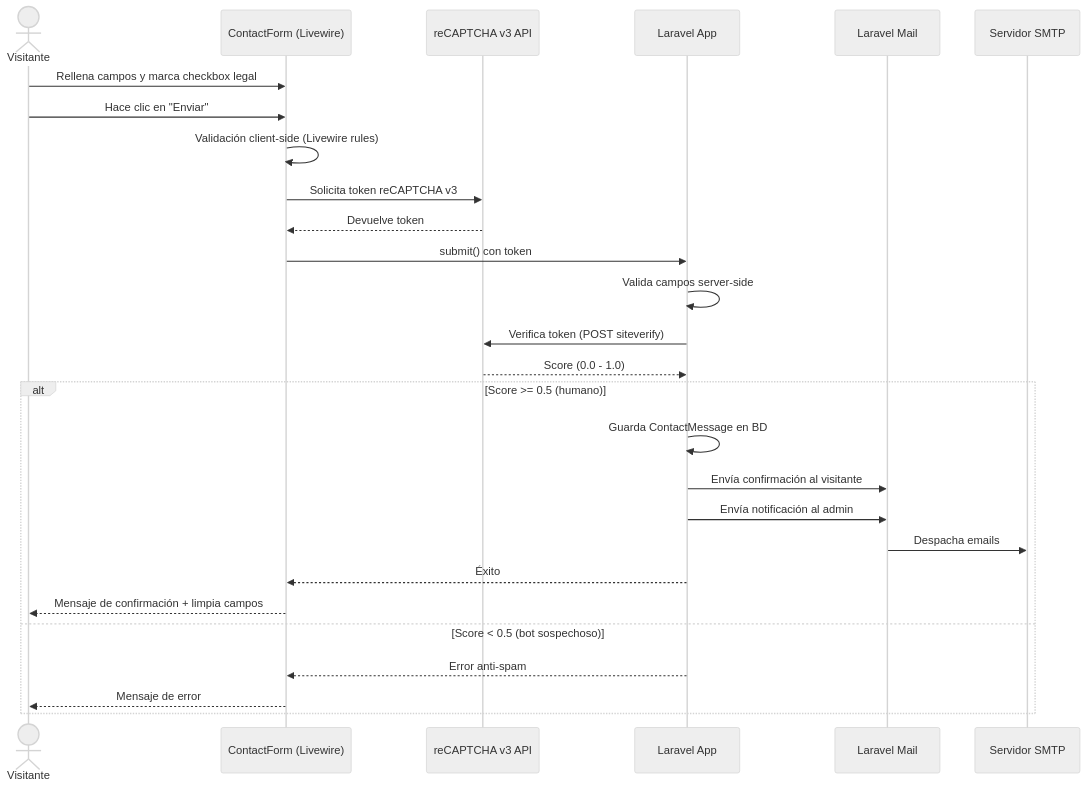
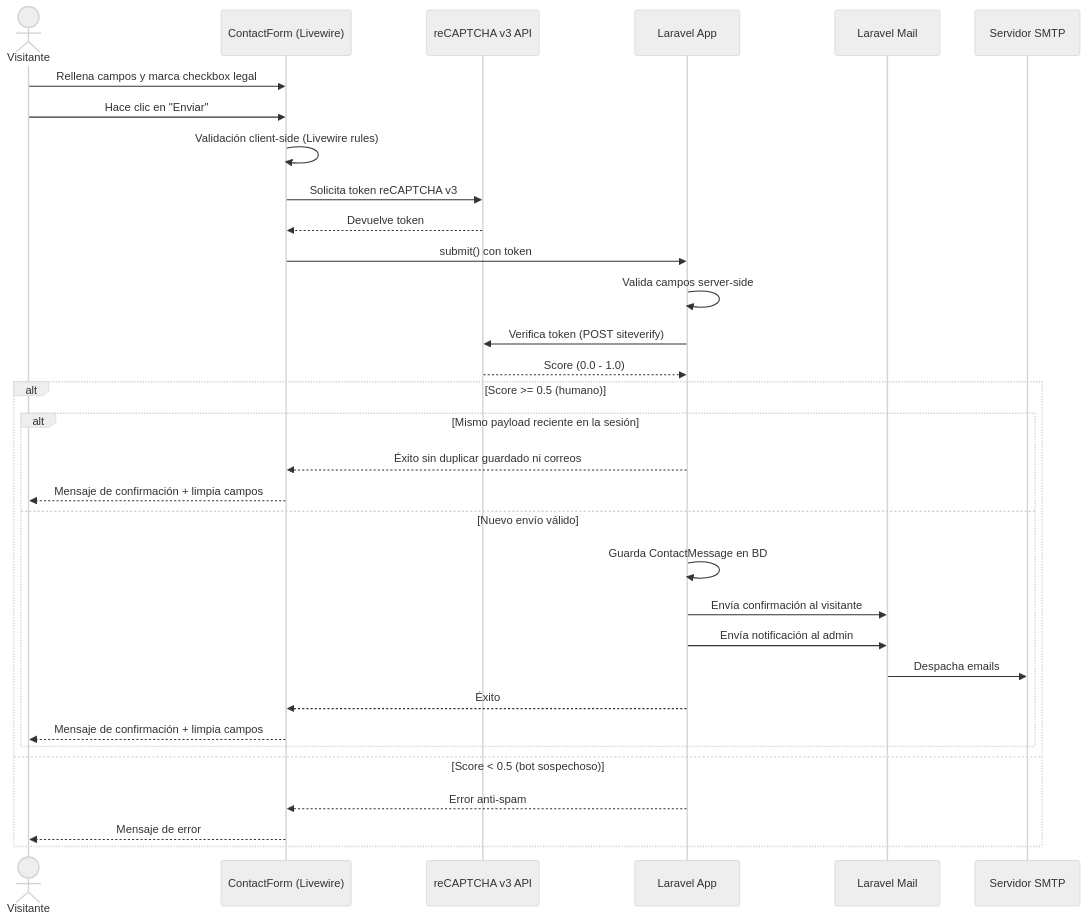
The third of 3 diagrams in .github/specs/community-web/design.md (amaiagalvez/madaia33), drawn with Mermaid (neutral theme) before and after one commit. The commit also changed other lines of this file and 17 other files, not shown here.

````diff
--- a/.github/specs/community-web/design.md
+++ b/.github/specs/community-web/design.md
@@ -425,30 +429,35 @@
 ```mermaid
 sequenceDiagram
     actor V as Visitante
     participant LW as ContactForm (Livewire)
     participant RC as reCAPTCHA v3 API
     participant APP as Laravel App
     participant MAIL as Laravel Mail
     participant SMTP as Servidor SMTP
 
     V->>LW: Rellena campos y marca checkbox legal
     V->>LW: Hace clic en "Enviar"
     LW->>LW: Validación client-side (Livewire rules)
     LW->>RC: Solicita token reCAPTCHA v3
     RC-->>LW: Devuelve token
     LW->>APP: submit() con token
     APP->>APP: Valida campos server-side
     APP->>RC: Verifica token (POST siteverify)
     RC-->>APP: Score (0.0 - 1.0)
     alt Score >= 0.5 (humano)
-        APP->>APP: Guarda ContactMessage en BD
-        APP->>MAIL: Envía confirmación al visitante
-        APP->>MAIL: Envía notificación al admin
-        MAIL->>SMTP: Despacha emails
-        APP-->>LW: Éxito
-        LW-->>V: Mensaje de confirmación + limpia campos
+        alt Mismo payload reciente en la sesión
+            APP-->>LW: Éxito sin duplicar guardado ni correos
+            LW-->>V: Mensaje de confirmación + limpia campos
+        else Nuevo envío válido
+            APP->>APP: Guarda ContactMessage en BD
+            APP->>MAIL: Envía confirmación al visitante
+            APP->>MAIL: Envía notificación al admin
+            MAIL->>SMTP: Despacha emails
+            APP-->>LW: Éxito
+            LW-->>V: Mensaje de confirmación + limpia campos
+        end
     else Score < 0.5 (bot sospechoso)
         APP-->>LW: Error anti-spam
         LW-->>V: Mensaje de error
     end
 ```
````
